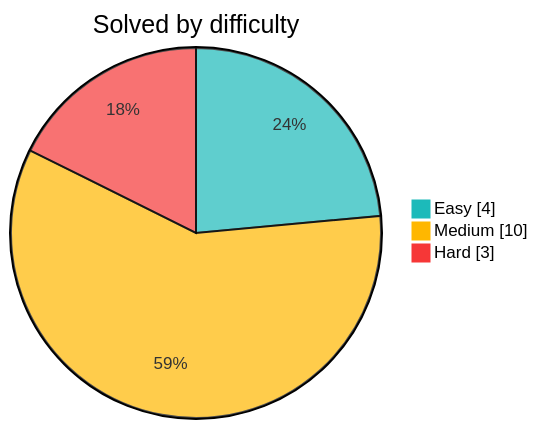
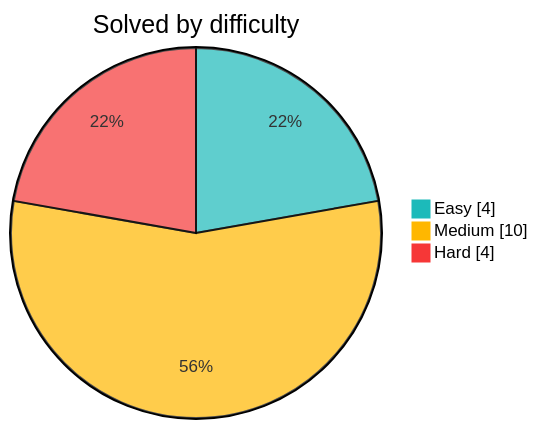
One commit to Sekler09/algorithms changed the diagram in README.md. Above: the diagram before and after it, drawn with Mermaid. The commit also changed other lines of this file and 3 other files, not shown here.

````diff
--- a/README.md
+++ b/README.md
@@ -9,8 +9,8 @@
 ```mermaid
 %%{init: {"themeVariables": {"pie1": "#1cbaba", "pie2": "#ffb700", "pie3": "#f63737"}}}%%
 pie showData
     title Solved by difficulty
     "Easy" : 4
     "Medium" : 10
-    "Hard" : 3
+    "Hard" : 4
 ```
````
